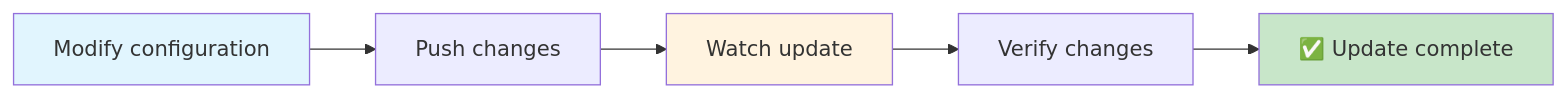
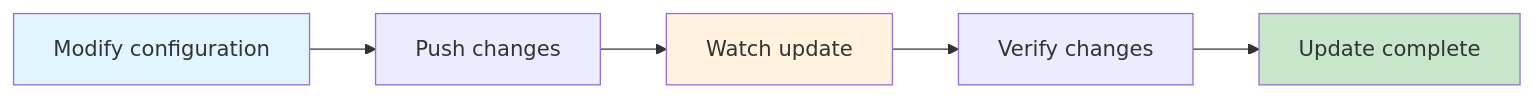
One commit to paraskanwarit/das-l4-infra-np changed the eighth of 10 diagrams in SYSTEM_OVERVIEW.md. Above: the diagram before and after it, drawn with Mermaid. The commit also changed other lines of this file and 10 other files, not shown here.

````diff
--- a/SYSTEM_OVERVIEW.md
+++ b/SYSTEM_OVERVIEW.md
@@ -269,11 +269,11 @@
 ```mermaid
 graph LR
     A[Modify configuration] --> B[Push changes]
     B --> C[Watch update]
     C --> D[Verify changes]
-    D --> E[✅ Update complete]
+    D --> E[ Update complete]
     
     style A fill:#e1f5fe
     style E fill:#c8e6c9
     style C fill:#fff3e0
 ```
````
